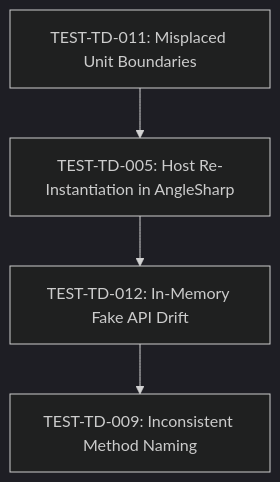
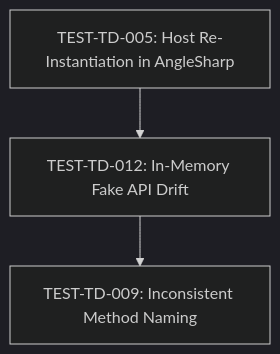
Before and after one commit to ColmKenna/Field-Sales: the diagram in docs/test-technical-debt-backlog.md, drawn with Mermaid (dark theme). The commit also changed other lines of this file, not shown here.

Commit message:
docs: record TEST-TD-011 completion in test technical debt backlog

````diff
--- a/docs/test-technical-debt-backlog.md
+++ b/docs/test-technical-debt-backlog.md
@@ -87,6 +88,5 @@
 ```mermaid
 graph TD
-    A["TEST-TD-011: Misplaced Unit Boundaries"] --> B["TEST-TD-005: Host Re-Instantiation in AngleSharp"]
-    B --> C["TEST-TD-012: In-Memory Fake API Drift"]
-    C --> D["TEST-TD-009: Inconsistent Method Naming"]
+    A["TEST-TD-005: Host Re-Instantiation in AngleSharp"] --> B["TEST-TD-012: In-Memory Fake API Drift"]
+    B --> C["TEST-TD-009: Inconsistent Method Naming"]
 ```
````
